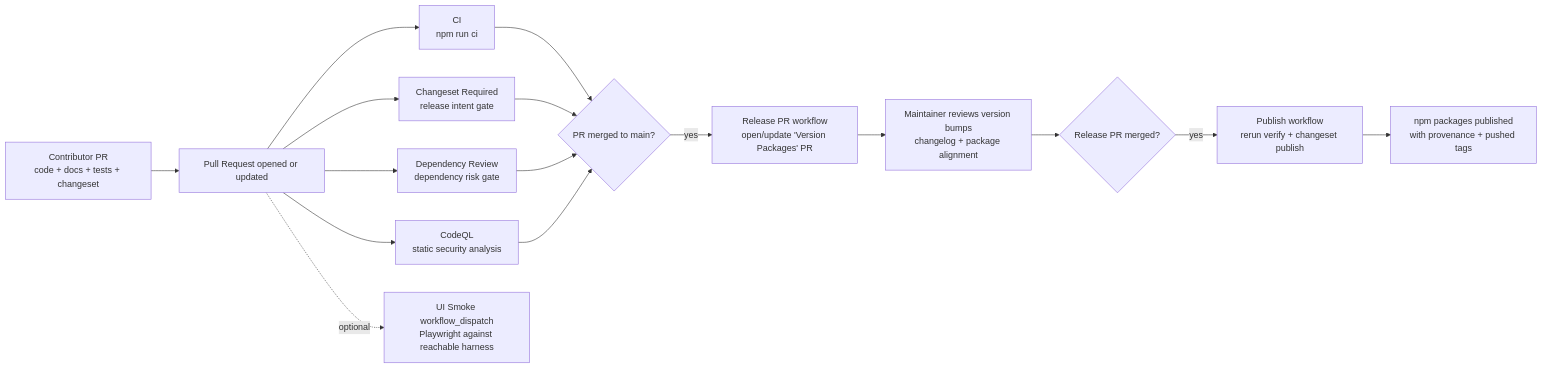
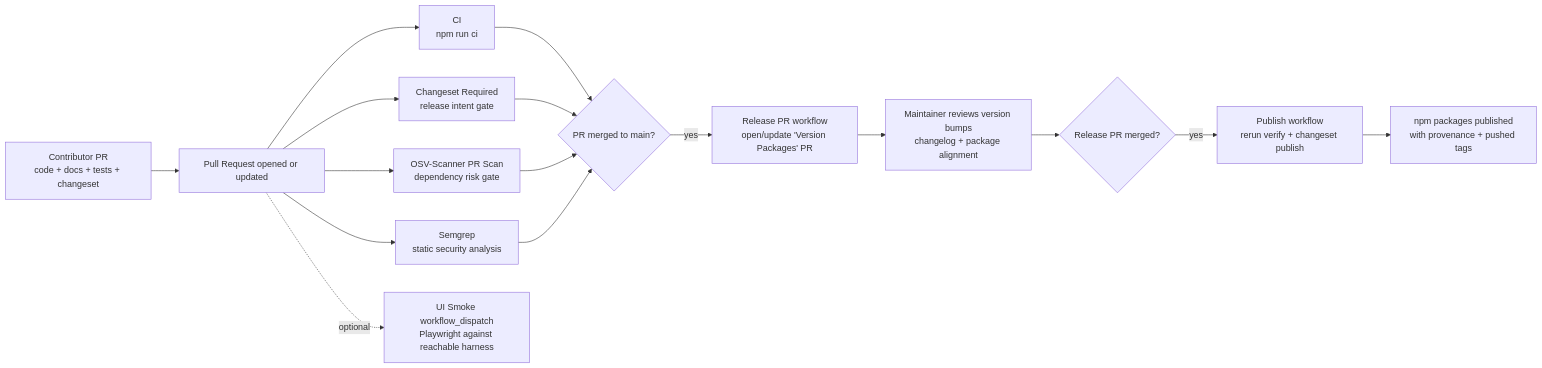
The diagram in docs/releasing.md (PrimeDX/backstage-access-tokens-plugin), drawn with Mermaid before and after one commit. The commit also changed other lines of this file and 6 other files, not shown here.

````diff
--- a/docs/releasing.md
+++ b/docs/releasing.md
@@ -41,18 +41,18 @@
 ```mermaid
 flowchart LR
   A["Contributor PR<br/>code + docs + tests + changeset"] --> B["Pull Request opened or updated"]
   B --> C["CI<br/>npm run ci"]
   B --> D["Changeset Required<br/>release intent gate"]
-  B --> E["Dependency Review<br/>dependency risk gate"]
-  B --> M["CodeQL<br/>static security analysis"]
+  B --> E["OSV-Scanner PR Scan<br/>dependency risk gate"]
+  B --> M["Semgrep<br/>static security analysis"]
   C --> F{"PR merged to main?"}
   D --> F
   E --> F
   M --> F
   F -- "yes" --> G["Release PR workflow<br/>open/update 'Version Packages' PR"]
   G --> H["Maintainer reviews version bumps<br/>changelog + package alignment"]
   H --> I{"Release PR merged?"}
   I -- "yes" --> J["Publish workflow<br/>rerun verify + changeset publish"]
   J --> K["npm packages published<br/>with provenance + pushed tags"]
   B -. "optional" .-> L["UI Smoke workflow_dispatch<br/>Playwright against reachable harness"]
 ```
````
